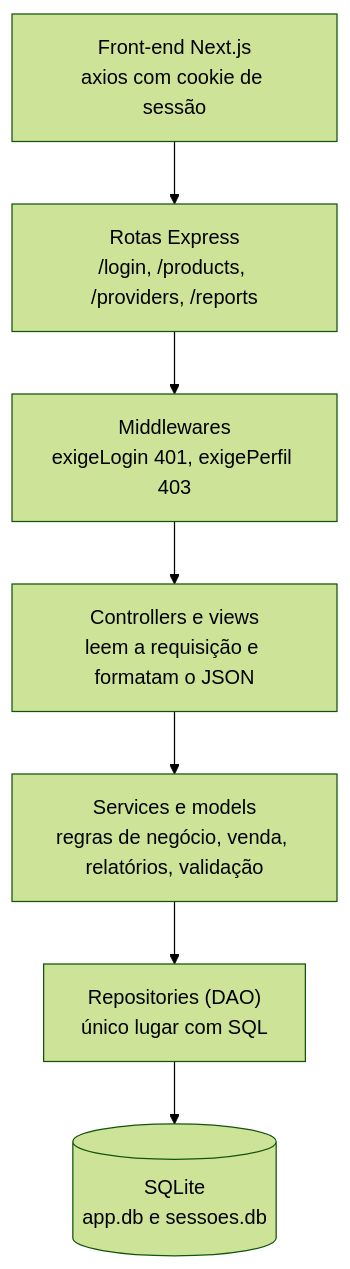
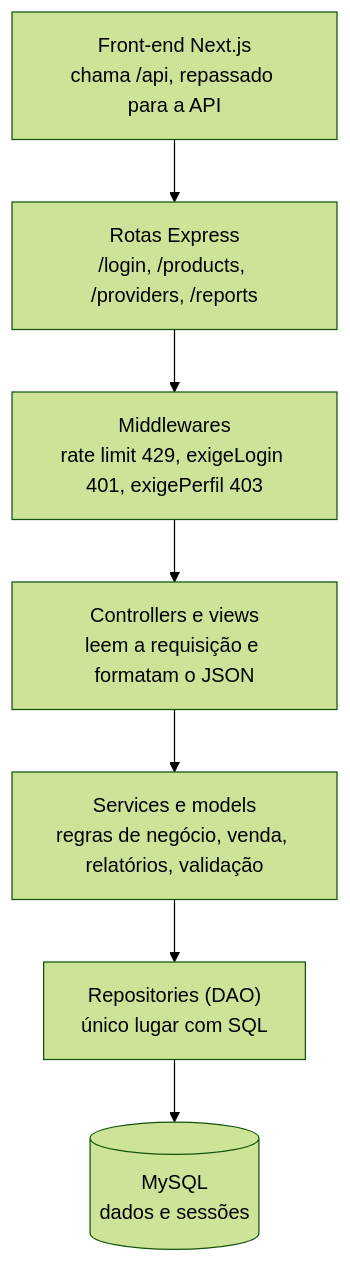
One commit to FlavioRamosFR/progWebSemestral changed the diagram in README.md. Above: the diagram before and after it, drawn with Mermaid (forest theme). The commit also changed other lines of this file and 39 other files, not shown here.

First line of the commit message:
feat: migra o banco para MySQL e prepara o deploy

````diff
--- a/README.md
+++ b/README.md
@@ -43,9 +43,9 @@
 ```mermaid
 flowchart TD
-    A["Front-end Next.js<br/>axios com cookie de sessão"] --> B["Rotas Express<br/>/login, /products, /providers, /reports"]
-    B --> C["Middlewares<br/>exigeLogin 401, exigePerfil 403"]
+    A["Front-end Next.js<br/>chama /api, repassado para a API"] --> B["Rotas Express<br/>/login, /products, /providers, /reports"]
+    B --> C["Middlewares<br/>rate limit 429, exigeLogin 401, exigePerfil 403"]
     C --> D["Controllers e views<br/>leem a requisição e formatam o JSON"]
     D --> E["Services e models<br/>regras de negócio, venda, relatórios, validação"]
     E --> F["Repositories (DAO)<br/>único lugar com SQL"]
-    F --> G[("SQLite<br/>app.db e sessoes.db")]
+    F --> G[("MySQL<br/>dados e sessões")]
 ```
````
